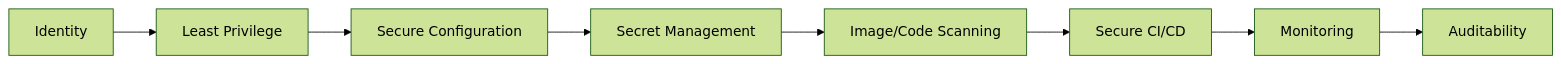
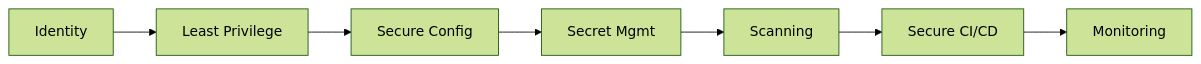
Before and after one commit to Chukwuemeka-Peter-Eze/Chukwuemeka-Peter-Eze: the diagram in README.md, drawn with Mermaid (forest theme). The commit also changed other lines of this file, not shown here.

````diff
--- a/README.md
+++ b/README.md
@@ -226,10 +80,9 @@
 ```mermaid
 flowchart LR
     A[Identity] --> B[Least Privilege]
-    B --> C[Secure Configuration]
-    C --> D[Secret Management]
-    D --> E[Image/Code Scanning]
+    B --> C[Secure Config]
+    C --> D[Secret Mgmt]
+    D --> E[Scanning]
     E --> F[Secure CI/CD]
     F --> G[Monitoring]
-    G --> H[Auditability]
 ```
````
